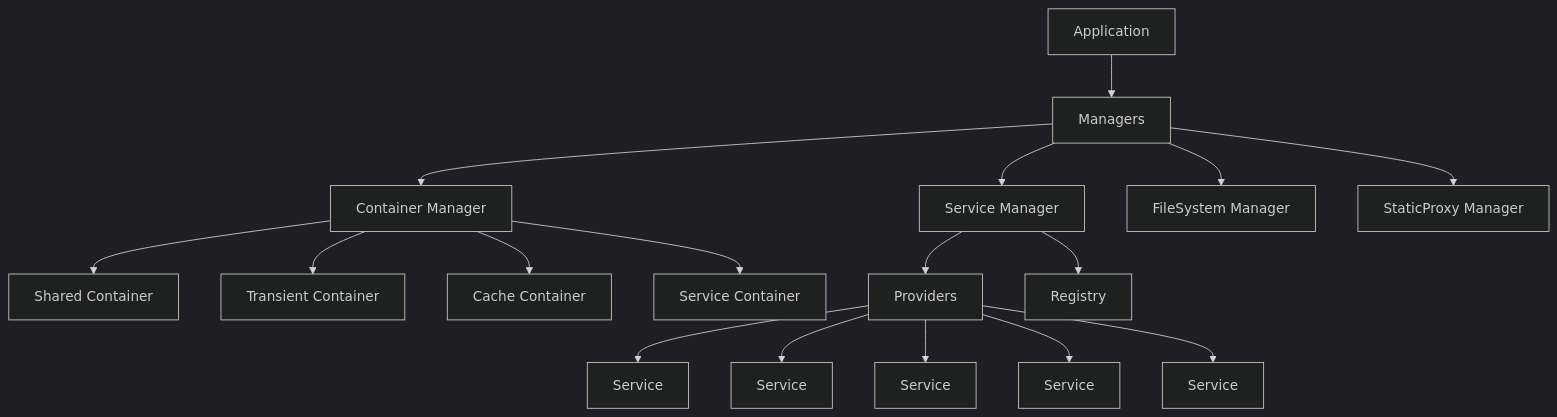
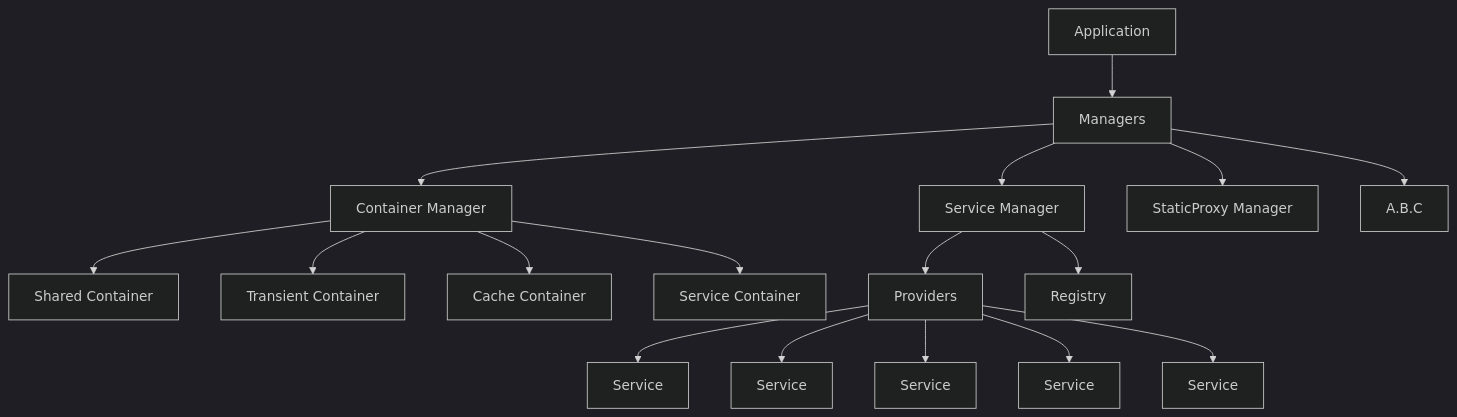
Before and after one commit to mnaatjes/sandbox-php: the second of 6 diagrams in docs/features/feature-application.md, drawn with Mermaid (dark theme). The commit also changed other lines of this file and 2 other files, not shown here.

Commit message:
sequence diagramming

````diff
--- a/docs/features/feature-application.md
+++ b/docs/features/feature-application.md
@@ -294,46 +294,45 @@
 ```mermaid
 graph TD;
   %% Define Nodes (Positions)
   A[Application]
 
   A.B[Managers]
   
   A.B.A[Container Manager]
   A.B.A.A[Shared Container]
   A.B.A.B[Transient Container]
   A.B.A.C[Cache Container]
   A.B.A.D[Service Container]
 
   A.B.B[Service Manager]
   A.B.B.A[Providers]
   A.B.B.A.A[Service]
   A.B.B.A.B[Service]
   A.B.B.A.C[Service]
   A.B.B.A.D[Service]
   A.B.B.A.E[Service]
   A.B.B.B[Registry]
 
-  A.B.C[FileSystem Manager]
   A.B.D[StaticProxy Manager]
 
   %% Connect Nodes (Heirarchy)
   A --> A.B;
 
   A.B --> A.B.A
   A.B --> A.B.B
   A.B --> A.B.C
   A.B --> A.B.D
 
   A.B.A --> A.B.A.A
   A.B.A --> A.B.A.B
   A.B.A --> A.B.A.C
   A.B.A --> A.B.A.D
 
   A.B.B --> A.B.B.A
   A.B.B.A --> A.B.B.A.A
   A.B.B.A --> A.B.B.A.B
   A.B.B.A --> A.B.B.A.C
   A.B.B.A --> A.B.B.A.D
   A.B.B.A --> A.B.B.A.E
   A.B.B --> A.B.B.B
 ```
````
